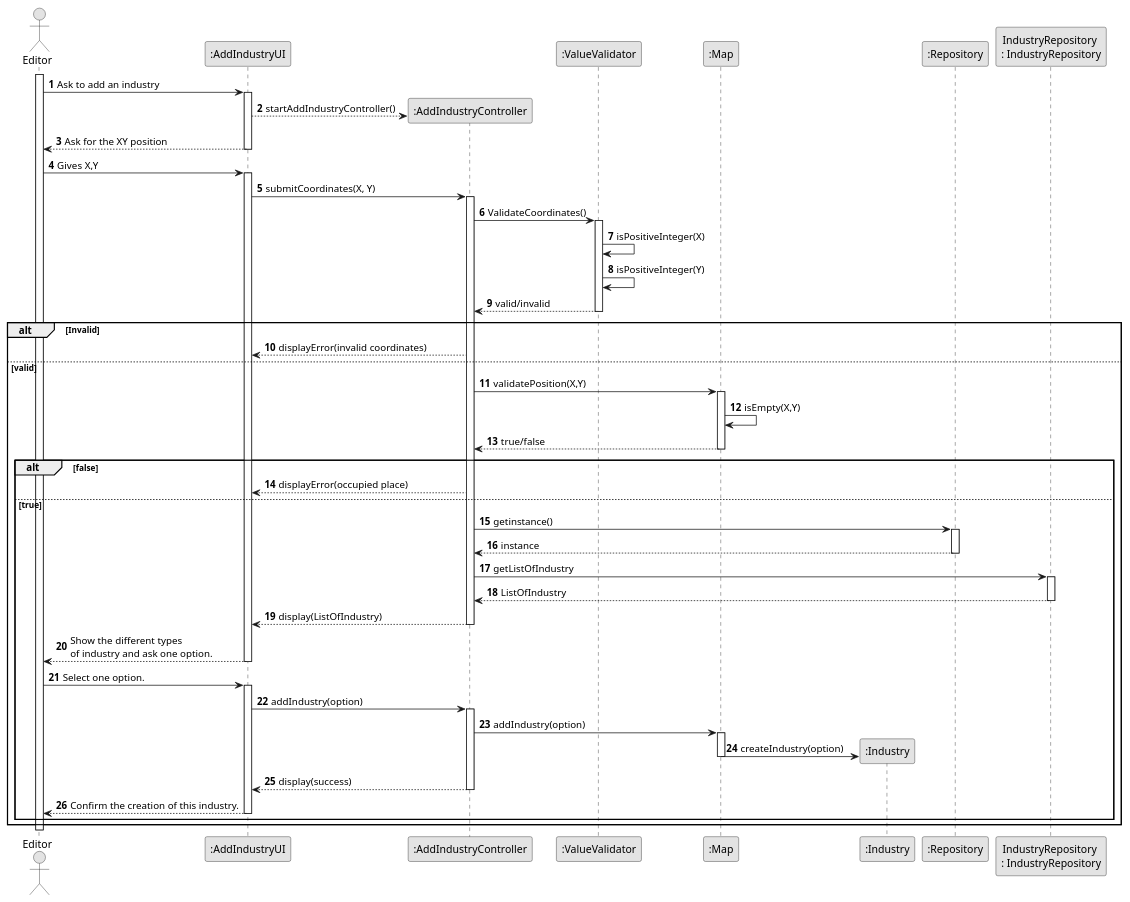
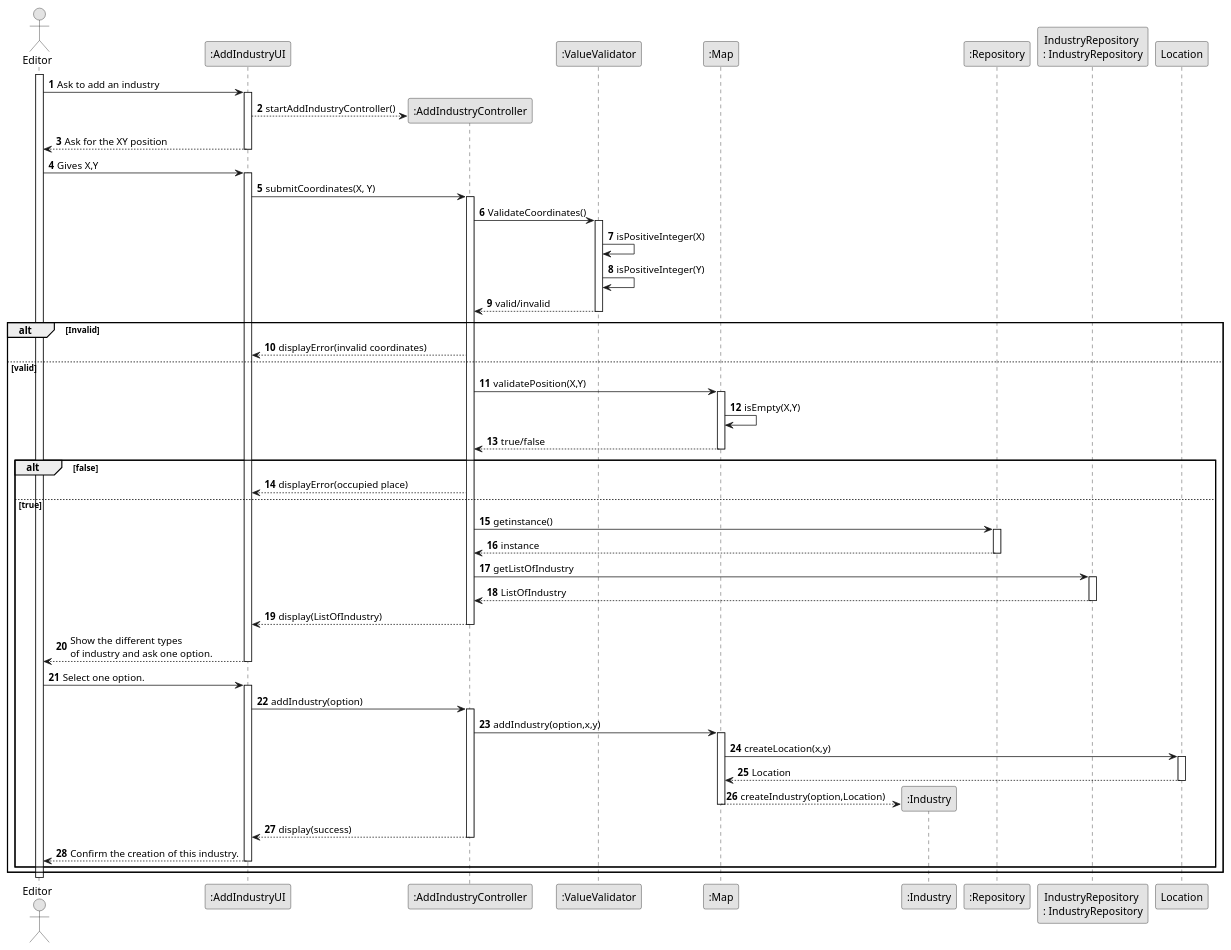
One commit to 1240826/empire-on-tracks changed the diagram in docs/system-documentation/US002/03.design/puml/US002-SD-full.puml. Above: the diagram before and after it, drawn with PlantUML. The commit also changed 2 other files, not shown here.

```diff
--- a/docs/system-documentation/US002/03.design/puml/US002-SD-full.puml
+++ b/docs/system-documentation/US002/03.design/puml/US002-SD-full.puml
@@ -1,81 +1,85 @@
 @startuml
 skinparam monochrome true
 skinparam packageStyle rectangle
 skinparam shadowing false
 
 autonumber
 
 actor "Editor" as Editor
 participant ":AddIndustryUI" as UI
 participant ":AddIndustryController" as Controller
 participant ":ValueValidator" as Validator
 participant ":Map" as Map
 participant ":Industry" as Industry
 participant ":Repository" as Rep
 participant "IndustryRepository \n: IndustryRepository" as Repository
 
 activate Editor
 
 Editor -> UI : Ask to add an industry
 activate UI
 UI --> Controller**: startAddIndustryController()
 
 
 UI --> Editor : Ask for the XY position
 deactivate UI
 
 Editor -> UI : Gives X,Y
 activate UI
 UI -> Controller : submitCoordinates(X, Y)
 
 activate Controller
 Controller->Validator:ValidateCoordinates()
 activate Validator
 Validator->Validator:isPositiveInteger(X)
 Validator->Validator:isPositiveInteger(Y)
 Validator-->Controller:valid/invalid
 deactivate Validator
 alt Invalid
 Controller-->UI: displayError(invalid coordinates)
 else valid
 Controller->Map:validatePosition(X,Y)
 activate Map
 Map->Map:isEmpty(X,Y)
 Map-->Controller:true/false
 deactivate Map
 alt false
 Controller-->UI: displayError(occupied place)
 else true
 Controller->Rep:getinstance()
 activate Rep
 Rep-->Controller:instance
 deactivate Rep
 Controller->Repository:getListOfIndustry
 activate Repository
 Repository-->Controller:ListOfIndustry
 deactivate Repository
 Controller-->UI: display(ListOfIndustry)
 deactivate Controller
 UI-->Editor:Show the different types \nof industry and ask one option.
 deactivate UI
 Editor->UI:Select one option.
 activate UI
 UI->Controller: addIndustry(option)
 activate Controller
-Controller->Map: addIndustry(option)
+Controller->Map: addIndustry(option,x,y)
 activate Map
-Map->Industry**:createIndustry(option)
+Map->Location:createLocation(x,y)
+activate Location
+Location-->Map:Location
+deactivate Location
+Map-->Industry**:createIndustry(option,Location)
 deactivate Map
 
 Controller-->UI: display(success)
 deactivate Controller
 UI-->Editor:Confirm the creation of this industry.
 deactivate UI
 
 
 end
 end
 
 
 deactivate Editor
 @enduml
```
